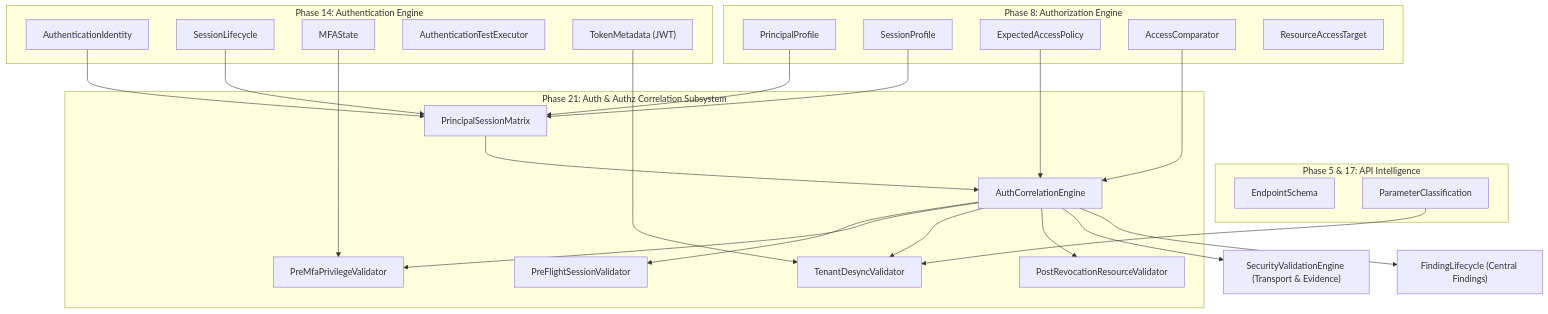
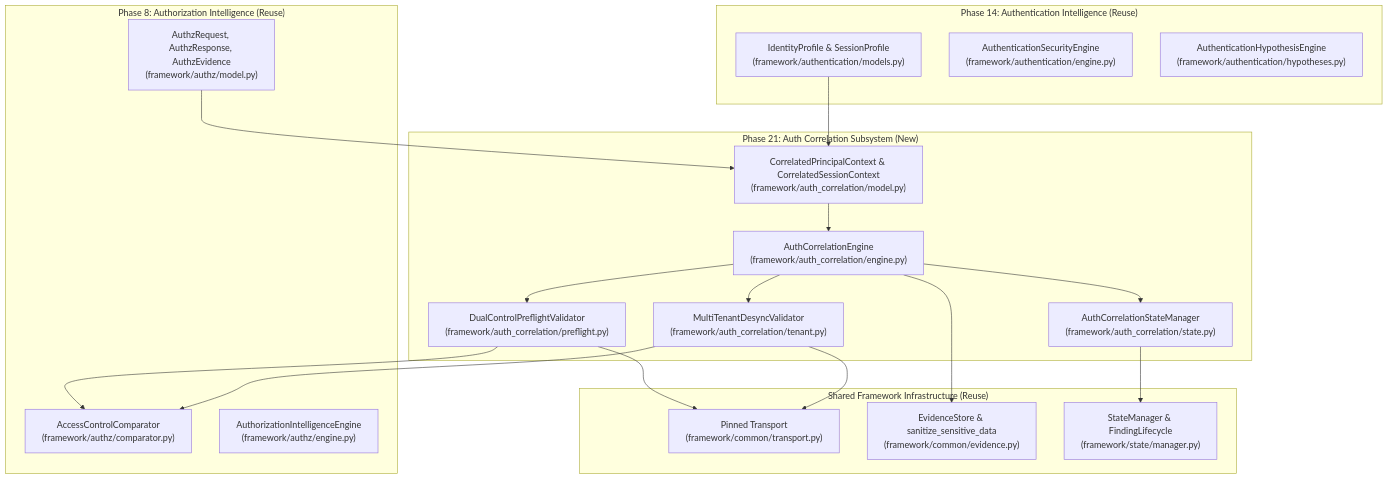
One commit to Veldora-0/BugBounty-Agent changed the first of 2 diagrams in docs/PHASE-21-PLANNING-GATE.md. Above: the diagram before and after it, drawn with Mermaid. The commit also changed other lines of this file and 2 other files, not shown here.

First line of the commit message:
docs(phase0): reconcile baseline, roadmap, and Phase 21 planning gate

````diff
--- a/docs/PHASE-21-PLANNING-GATE.md
+++ b/docs/PHASE-21-PLANNING-GATE.md
@@ -57,39 +51,41 @@
 ```mermaid
 flowchart TD
-    subgraph "Phase 14: Authentication Engine"
-        A1["AuthenticationIdentity"]
-        A2["SessionLifecycle"]
-        A3["MFAState"]
-        A4["AuthenticationTestExecutor"]
-        A5["TokenMetadata (JWT)"]
+    subgraph "Phase 14: Authentication Intelligence (Reuse)"
+        P14_Model["IdentityProfile & SessionProfile<br>(framework/authentication/models.py)"]
+        P14_Eng["AuthenticationSecurityEngine<br>(framework/authentication/engine.py)"]
+        P14_Hyp["AuthenticationHypothesisEngine<br>(framework/authentication/hypotheses.py)"]
     end
 
-    subgraph "Phase 8: Authorization Engine"
-        B1["PrincipalProfile"]
-        B2["SessionProfile"]
-        B3["ExpectedAccessPolicy"]
-        B4["AccessComparator"]
-        B5["ResourceAccessTarget"]
+    subgraph "Phase 8: Authorization Intelligence (Reuse)"
+        P8_Comp["AccessControlComparator<br>(framework/authz/comparator.py)"]
+        P8_Model["AuthzRequest, AuthzResponse, AuthzEvidence<br>(framework/authz/model.py)"]
+        P8_Eng["AuthorizationIntelligenceEngine<br>(framework/authz/engine.py)"]
     end
 
-    subgraph "Phase 5 & 17: API Intelligence"
-        C1["EndpointSchema"]
-        C2["ParameterClassification"]
+    subgraph "Phase 21: Auth Correlation Subsystem (New)"
+        P21_Ctx["CorrelatedPrincipalContext & CorrelatedSessionContext<br>(framework/auth_correlation/model.py)"]
+        P21_Eng["AuthCorrelationEngine<br>(framework/auth_correlation/engine.py)"]
+        P21_Preflight["DualControlPreflightValidator<br>(framework/auth_correlation/preflight.py)"]
+        P21_Tenant["MultiTenantDesyncValidator<br>(framework/auth_correlation/tenant.py)"]
+        P21_State["AuthCorrelationStateManager<br>(framework/auth_correlation/state.py)"]
     end
 
-    subgraph "Phase 21: Auth & Authz Correlation Subsystem"
-        D1["PrincipalSessionMatrix"] --> D2["AuthCorrelationEngine"]
-        D2 --> D3["PreFlightSessionValidator"]
-        D2 --> D4["PreMfaPrivilegeValidator"]
-        D2 --> D5["TenantDesyncValidator"]
-        D2 --> D6["PostRevocationResourceValidator"]
+    subgraph "Shared Framework Infrastructure (Reuse)"
+        Common_Transport["Pinned Transport<br>(framework/common/transport.py)"]
+        Common_Evidence["EvidenceStore & sanitize_sensitive_data<br>(framework/common/evidence.py)"]
+        Global_State["StateManager & FindingLifecycle<br>(framework/state/manager.py)"]
     end
 
-    A1 & B1 --> D1
-    A2 & B2 --> D1
-    A3 --> D4
-    A5 & C2 --> D5
-    B3 & B4 --> D2
-    D2 --> E1["SecurityValidationEngine (Transport & Evidence)"]
-    D2 --> E2["FindingLifecycle (Central Findings)"]
+    P14_Model --> P21_Ctx
+    P8_Model --> P21_Ctx
+    P21_Ctx --> P21_Eng
+    P21_Eng --> P21_Preflight
+    P21_Eng --> P21_Tenant
+    P21_Preflight --> P8_Comp
+    P21_Preflight --> Common_Transport
+    P21_Tenant --> P8_Comp
+    P21_Tenant --> Common_Transport
+    P21_Eng --> P21_State
+    P21_State --> Global_State
+    P21_Eng --> Common_Evidence
 ```
````
